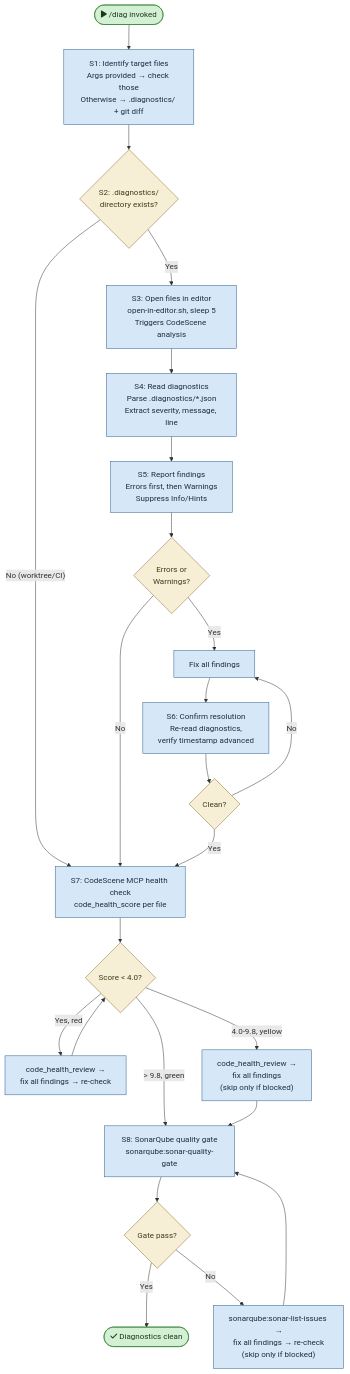
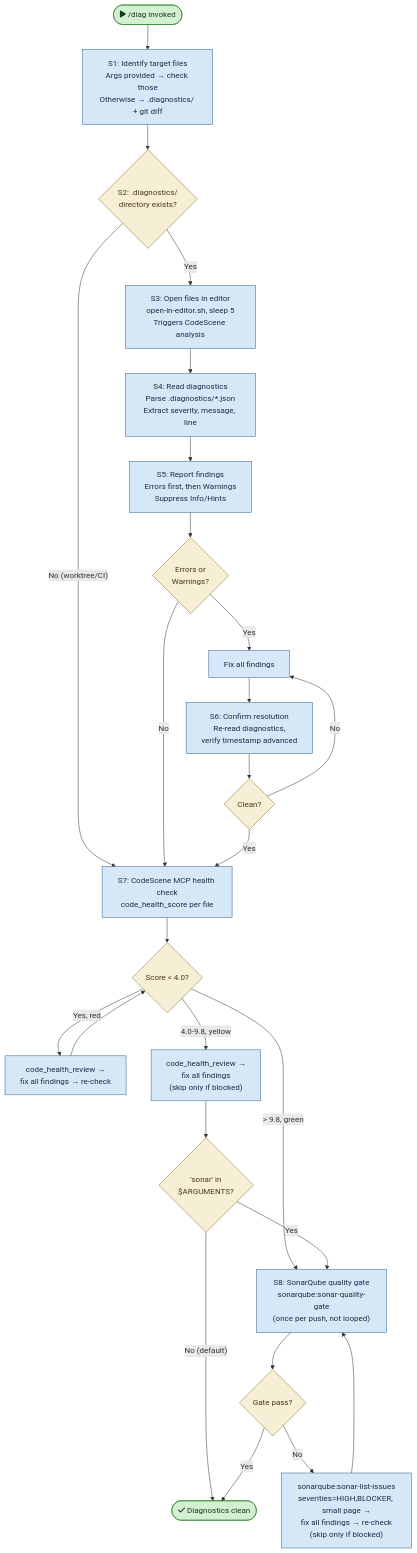
One commit to mironyx/engineering-delivery-framework changed the diagram in plugins/edf/skills/diag/flowchart.md. Above: the diagram before and after it, drawn with Mermaid. The commit also changed other lines of this file and 5 other files, not shown here.

First line of the commit message:
Split SonarQube gate out of edf:diag's local fix-and-recheck loop (#88)

````diff
--- a/plugins/edf/skills/diag/flowchart.md
+++ b/plugins/edf/skills/diag/flowchart.md
@@ -5,46 +5,48 @@
 ```mermaid
 flowchart TD
     START(["fa:fa-play /diag invoked"]) --> S1
 
     S1["S1: Identify target files<br/>Args provided → check those<br/>Otherwise → .diagnostics/ + git diff"] --> S2
 
     S2{"S2: .diagnostics/<br/>directory exists?"} -->|"No (worktree/CI)"| S7
     S2 -->|"Yes"| S3
 
     S3["S3: Open files in editor<br/>open-in-editor.sh, sleep 5<br/>Triggers CodeScene analysis"] --> S4
 
     S4["S4: Read diagnostics<br/>Parse .diagnostics/*.json<br/>Extract severity, message, line"] --> S5
 
     S5["S5: Report findings<br/>Errors first, then Warnings<br/>Suppress Info/Hints"] --> S5_CHK{"Errors or<br/>Warnings?"}
     S5_CHK -->|"No"| S7
     S5_CHK -->|"Yes"| S5_FIX["Fix all findings"]
 
     S5_FIX --> S6["S6: Confirm resolution<br/>Re-read diagnostics,<br/>verify timestamp advanced"]
     S6 --> S6_CHK{"Clean?"}
     S6_CHK -->|"No"| S5_FIX
     S6_CHK -->|"Yes"| S7
 
     S7["S7: CodeScene MCP health check<br/>code_health_score per file"] --> S7_CHK{"Score < 4.0?"}
     S7_CHK -->|"Yes, red"| S7_FIX["code_health_review →<br/>fix all findings → re-check"]
     S7_CHK -->|"4.0-9.8, yellow"| S7_REVIEW["code_health_review →<br/>fix all findings<br/>(skip only if blocked)"]
     S7_CHK -->|"> 9.8, green"| S8
 
     S7_FIX --> S7_CHK
-    S7_REVIEW --> S8
+    S7_REVIEW --> S8_GATE
 
-    S8["S8: SonarQube quality gate<br/>sonarqube:sonar-quality-gate"] --> S8_CHK{"Gate pass?"}
+    S8_GATE{"'sonar' in<br/>$ARGUMENTS?"} -->|"No (default)"| DONE
+    S8_GATE -->|"Yes"| S8["S8: SonarQube quality gate<br/>sonarqube:sonar-quality-gate<br/>(once per push, not looped)"]
+    S8 --> S8_CHK{"Gate pass?"}
     S8_CHK -->|"Yes"| DONE
-    S8_CHK -->|"No"| S8_FIX["sonarqube:sonar-list-issues →<br/>fix all findings → re-check<br/>(skip only if blocked)"]
+    S8_CHK -->|"No"| S8_FIX["sonarqube:sonar-list-issues<br/>severities=HIGH,BLOCKER, small page →<br/>fix all findings → re-check<br/>(skip only if blocked)"]
     S8_FIX --> S8
 
     DONE(["fa:fa-check Diagnostics clean"])
 
     %% ── Styles ──
     classDef startend fill:#d4f0d4,stroke:#2d7d2d,color:#1a3a1a
     classDef process fill:#d6e8f7,stroke:#2d5f8a,color:#1a2f44
     classDef decision fill:#f7eed6,stroke:#8a6d2d,color:#443a1a
 
     class START,DONE startend
     class S1,S3,S4,S5,S5_FIX,S6,S7,S7_FIX,S7_REVIEW,S8,S8_FIX process
-    class S2,S5_CHK,S6_CHK,S7_CHK,S8_CHK decision
+    class S2,S5_CHK,S6_CHK,S7_CHK,S8_GATE,S8_CHK decision
 ```
````
